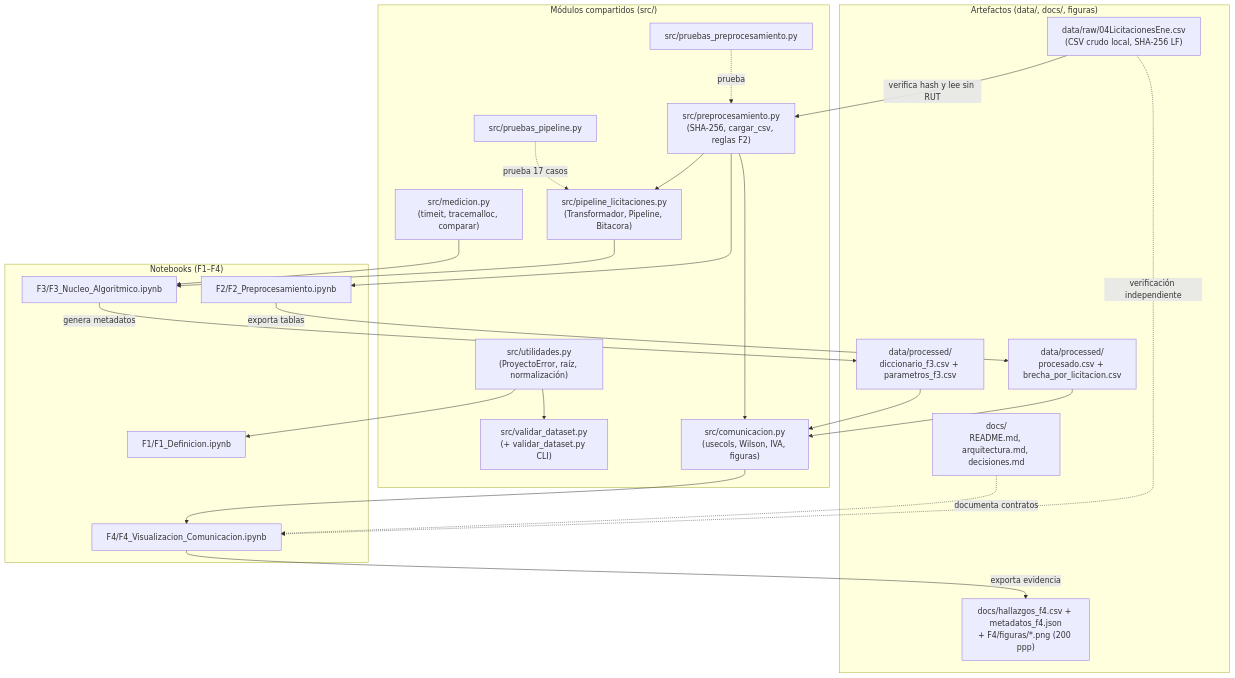
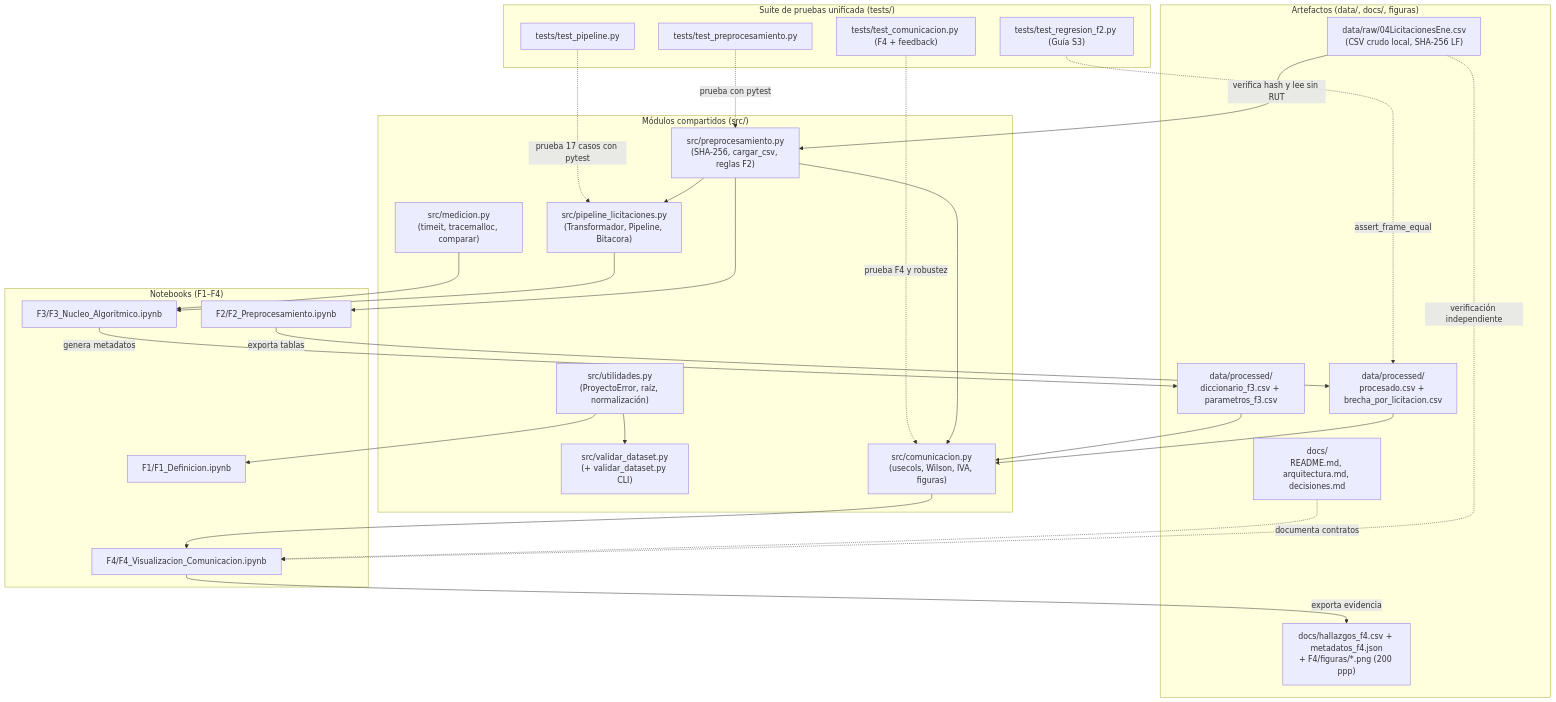
The first of 2 diagrams in docs/arquitectura.md (proyecto-grupo2-mcdi500/proyecto-grupo2-mcdi500), drawn with Mermaid before and after one commit. The commit also changed other lines of this file and 15 other files, not shown here.

Commit message:
feat(tests): migracion y suite de pruebas con pytest

````diff
--- a/docs/arquitectura.md
+++ b/docs/arquitectura.md
@@ -34,47 +36,54 @@
 ```mermaid
 flowchart TB
     subgraph NB["Notebooks (F1–F4)"]
         F1["F1/F1_Definicion.ipynb"]
         F2["F2/F2_Preprocesamiento.ipynb"]
         F3["F3/F3_Nucleo_Algoritmico.ipynb"]
         F4["F4/F4_Visualizacion_Comunicacion.ipynb"]
     end
 
     subgraph SRC["Módulos compartidos (src/)"]
         VAL["src/validar_dataset.py<br>(+ validar_dataset.py CLI)"]
         UTI["src/utilidades.py<br>(ProyectoError, raíz, normalización)"]
         PRE["src/preprocesamiento.py<br>(SHA-256, cargar_csv, reglas F2)"]
-        PR_PRE["src/pruebas_preprocesamiento.py"]
         POO["src/pipeline_licitaciones.py<br>(Transformador, Pipeline, Bitacora)"]
-        PR_PIP["src/pruebas_pipeline.py"]
         MED["src/medicion.py<br>(timeit, tracemalloc, comparar)"]
         COM["src/comunicacion.py<br>(usecols, Wilson, IVA, figuras)"]
+    end
+
+    subgraph TST["Suite de pruebas unificada (tests/)"]
+        T_PRE["tests/test_preprocesamiento.py"]
+        T_PIP["tests/test_pipeline.py"]
+        T_REG["tests/test_regresion_f2.py (Guía S3)"]
+        T_COM["tests/test_comunicacion.py (F4 + feedback)"]
     end
 
     subgraph ART["Artefactos (data/, docs/, figuras)"]
         RAW["data/raw/04LicitacionesEne.csv<br>(CSV crudo local, SHA-256 LF)"]
         PROC_DAT["data/processed/<br>procesado.csv + brecha_por_licitacion.csv"]
         PROC_META["data/processed/<br>diccionario_f3.csv + parametros_f3.csv"]
         DOCS["docs/<br>README.md, arquitectura.md, decisiones.md"]
         F4_OUT["docs/hallazgos_f4.csv + metadatos_f4.json<br>+ F4/figuras/*.png (200 ppp)"]
     end
 
     RAW -->|verifica hash y lee sin RUT| PRE
     UTI --> F1
     UTI --> VAL
     PRE --> F2
     PRE --> POO
     PRE --> COM
-    PR_PRE -.->|prueba| PRE
+    T_PRE -.->|prueba con pytest| PRE
     POO --> F3
     MED --> F3
-    PR_PIP -.->|prueba 17 casos| POO
+    T_PIP -.->|prueba 17 casos con pytest| POO
+    T_REG -.->|assert_frame_equal| PROC_DAT
+    T_COM -.->|prueba F4 y robustez| COM
     F2 -->|exporta tablas| PROC_DAT
     F3 -->|genera metadatos| PROC_META
     PROC_DAT --> COM
     PROC_META --> COM
     RAW -.->|verificación independiente| F4
     COM --> F4
     F4 -->|exporta evidencia| F4_OUT
     DOCS -.->|documenta contratos| F4
 ```
````
